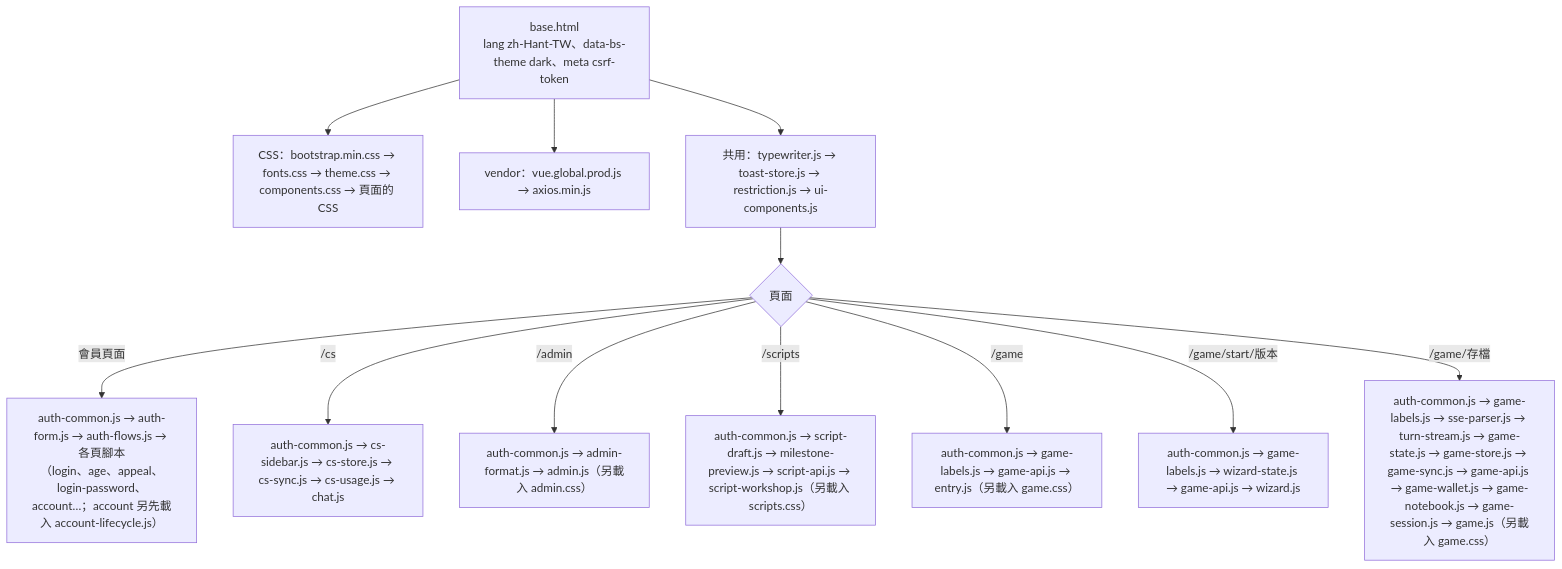
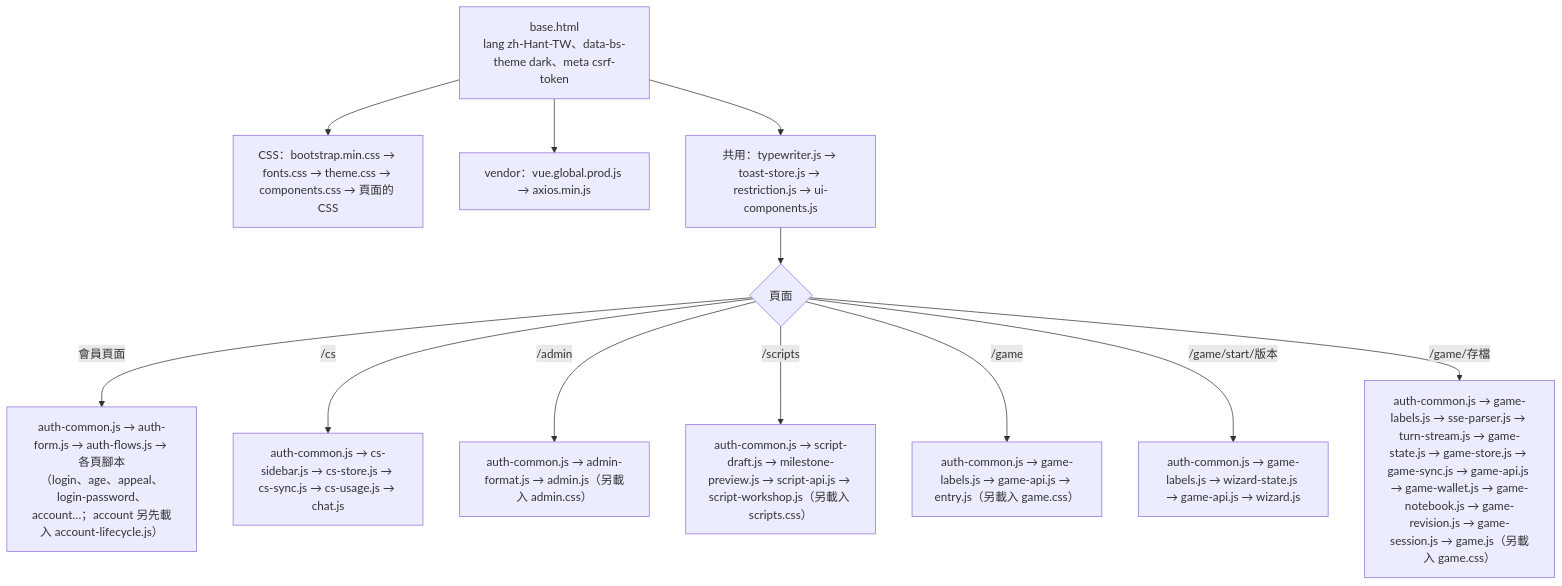
One commit to pp466pp466/R.A.C changed the first of 12 diagrams in docs/前端結構-frontend.md. Above: the diagram before and after it, drawn with Mermaid. The commit also changed other lines of this file and 23 other files, not shown here.

First line of the commit message:
rpg-turn-revision 批次④：重新生成與編輯的前端（game-revision.js、樣板、同步與文件）

````diff
--- a/docs/前端結構-frontend.md
+++ b/docs/前端結構-frontend.md
@@ -10,15 +10,15 @@
 ```mermaid
 flowchart TD
     Base["base.html<br/>lang zh-Hant-TW、data-bs-theme dark、meta csrf-token"]
     Base --> Css["CSS：bootstrap.min.css → fonts.css → theme.css → components.css → 頁面的 CSS"]
     Base --> Vendor["vendor：vue.global.prod.js → axios.min.js"]
     Base --> Ui["共用：typewriter.js → toast-store.js → restriction.js → ui-components.js"]
     Ui --> Page{"頁面"}
     Page -->|"會員頁面"| Auth["auth-common.js → auth-form.js → auth-flows.js → 各頁腳本<br/>（login、age、appeal、login-password、account…；account 另先載入 account-lifecycle.js）"]
     Page -->|"/cs"| Cs["auth-common.js → cs-sidebar.js → cs-store.js → cs-sync.js → cs-usage.js → chat.js"]
     Page -->|"/admin"| Adm["auth-common.js → admin-format.js → admin.js（另載入 admin.css）"]
     Page -->|"/scripts"| Scr["auth-common.js → script-draft.js → milestone-preview.js → script-api.js → script-workshop.js（另載入 scripts.css）"]
     Page -->|"/game"| Gm["auth-common.js → game-labels.js → game-api.js → entry.js（另載入 game.css）"]
     Page -->|"/game/start/版本"| Wzd["auth-common.js → game-labels.js → wizard-state.js → game-api.js → wizard.js"]
-    Page -->|"/game/存檔"| Gsv["auth-common.js → game-labels.js → sse-parser.js → turn-stream.js → game-state.js → game-store.js → game-sync.js → game-api.js → game-wallet.js → game-notebook.js → game-session.js → game.js（另載入 game.css）"]
+    Page -->|"/game/存檔"| Gsv["auth-common.js → game-labels.js → sse-parser.js → turn-stream.js → game-state.js → game-store.js → game-sync.js → game-api.js → game-wallet.js → game-notebook.js → game-revision.js → game-session.js → game.js（另載入 game.css）"]
 ```
````
